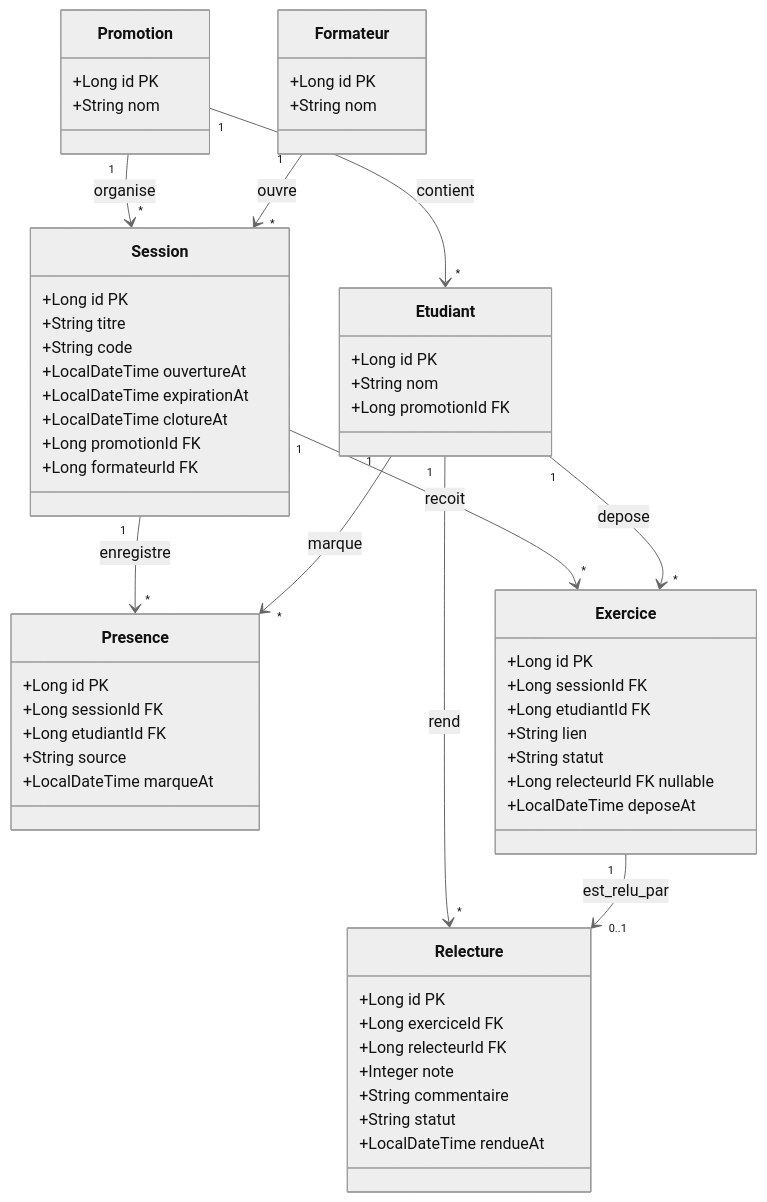
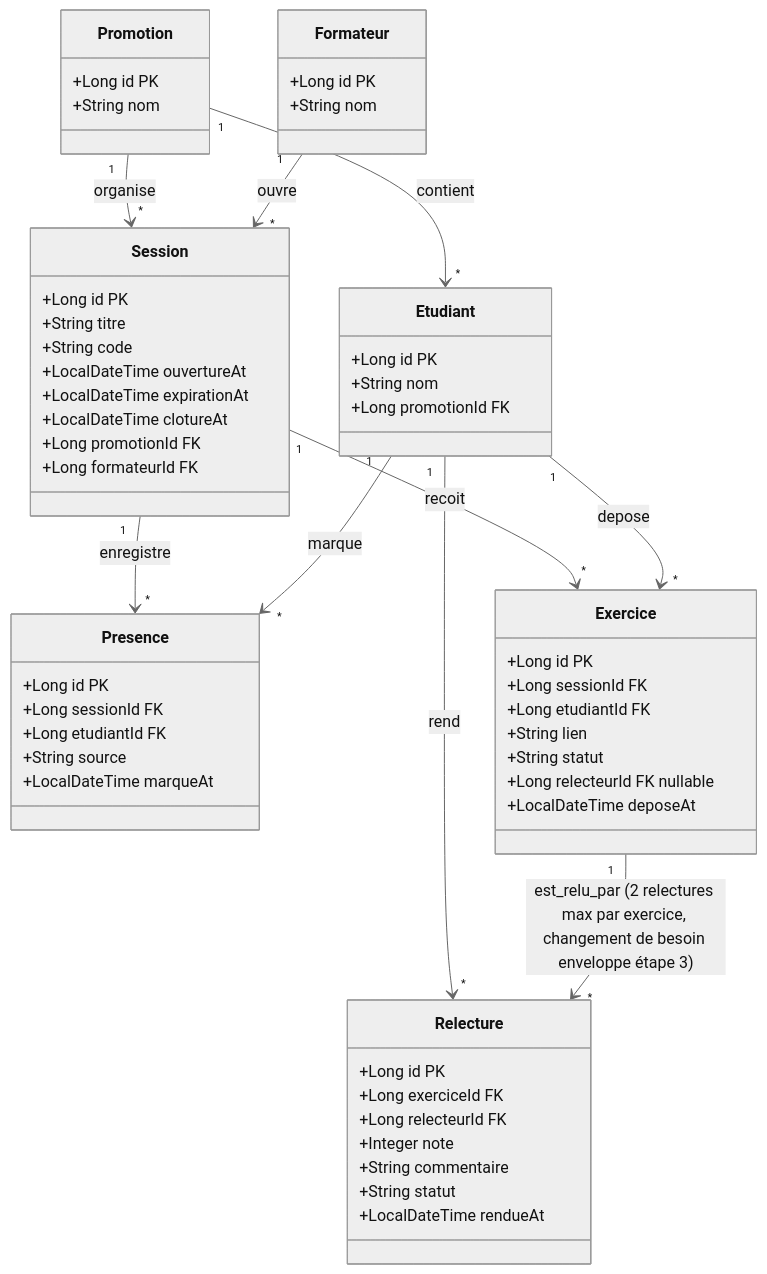
The diagram in docs/diagrammes/D2-modele-donnees.md (kabary-hub/kfokam48-epreuve-153), drawn with Mermaid (neutral theme) before and after one commit. The commit also changed other lines of this file and 1 other file, not shown here.

Commit message:
docs(diagrammes): mise à jour D2 et D4 pour double relecture
Conséquence du changement de besoin. D2 (cardinalité 1-*, contrainte
unique (exerciceId, relecteurId)) et D4 (état PROVISOIRE, transitions
EN_ATTENTE->PROVISOIRE->RELUE, CLOTUREE_PROVISOIRE).

Issue #53

````diff
--- a/docs/diagrammes/D2-modele-donnees.md
+++ b/docs/diagrammes/D2-modele-donnees.md
@@ -7,67 +7,67 @@
 ```mermaid
 classDiagram
     class Promotion {
         +Long id PK
         +String nom
     }
 
     class Etudiant {
         +Long id PK
         +String nom
         +Long promotionId FK
     }
 
     class Formateur {
         +Long id PK
         +String nom
     }
 
     class Session {
         +Long id PK
         +String titre
         +String code
         +LocalDateTime ouvertureAt
         +LocalDateTime expirationAt
         +LocalDateTime clotureAt
         +Long promotionId FK
         +Long formateurId FK
     }
 
     class Presence {
         +Long id PK
         +Long sessionId FK
         +Long etudiantId FK
         +String source
         +LocalDateTime marqueAt
     }
 
     class Exercice {
         +Long id PK
         +Long sessionId FK
         +Long etudiantId FK
         +String lien
         +String statut
         +Long relecteurId FK nullable
         +LocalDateTime deposeAt
     }
 
     class Relecture {
         +Long id PK
         +Long exerciceId FK
         +Long relecteurId FK
         +Integer note
         +String commentaire
         +String statut
         +LocalDateTime rendueAt
     }
 
     Promotion "1" --> "*" Etudiant : contient
     Promotion "1" --> "*" Session : organise
     Formateur "1" --> "*" Session : ouvre
     Session "1" --> "*" Presence : enregistre
     Session "1" --> "*" Exercice : recoit
     Etudiant "1" --> "*" Presence : marque
     Etudiant "1" --> "*" Exercice : depose
     Etudiant "1" --> "*" Relecture : rend
-    Exercice "1" --> "0..1" Relecture : est_relu_par
+    Exercice "1" --> "*" Relecture : est_relu_par (2 relectures max par exercice, changement de besoin enveloppe étape 3)
 ```
````
